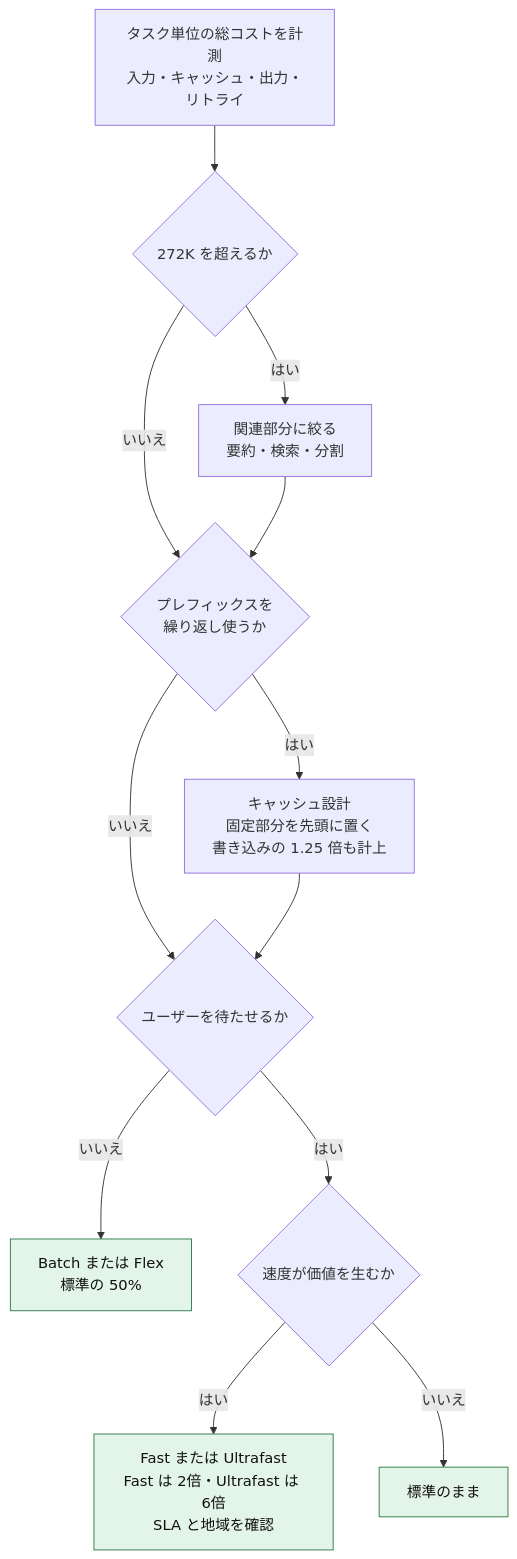
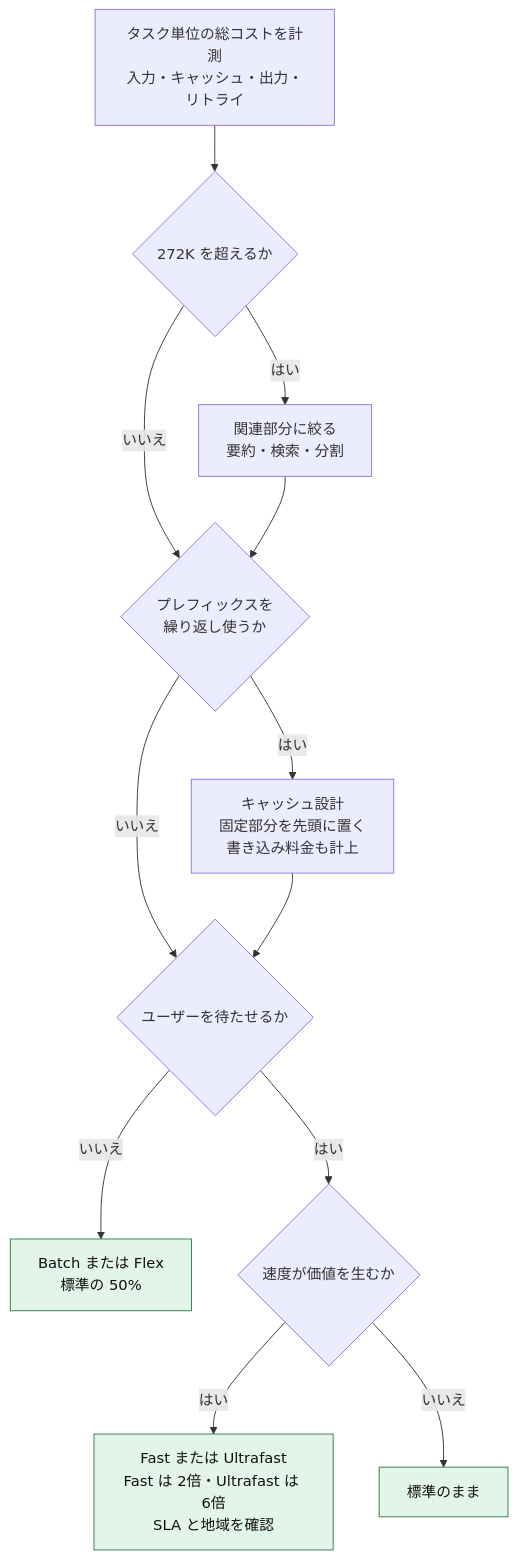
Before and after one commit to myoshi2891/Comparison-of-LLMs: the tenth of 12 diagrams in Openai-gpt-6-astra-best-practices-guide.md, drawn with Mermaid. The commit also changed other lines of this file, not shown here.

````diff
--- a/Openai-gpt-6-astra-best-practices-guide.md
+++ b/Openai-gpt-6-astra-best-practices-guide.md
@@ -641,16 +648,16 @@
 ```mermaid
 flowchart TB
   A["タスク単位の総コストを計測<br/>入力・キャッシュ・出力・リトライ"] --> B{"272K を超えるか"}
   B -- "はい" --> C["関連部分に絞る<br/>要約・検索・分割"]
   B -- "いいえ" --> D{"プレフィックスを<br/>繰り返し使うか"}
   C --> D
-  D -- "はい" --> E["キャッシュ設計<br/>固定部分を先頭に置く<br/>書き込みの 1.25 倍も計上"]
+  D -- "はい" --> E["キャッシュ設計<br/>固定部分を先頭に置く<br/>書き込み料金も計上"]
   D -- "いいえ" --> F{"ユーザーを待たせるか"}
   E --> F
   F -- "いいえ" --> G["Batch または Flex<br/>標準の 50%"]
   F -- "はい" --> H{"速度が価値を生むか"}
   H -- "はい" --> I["Fast または Ultrafast<br/>Fast は 2倍・Ultrafast は 6倍<br/>SLA と地域を確認"]
   H -- "いいえ" --> J["標準のまま"]
   classDef ok fill:#e3f4e8,stroke:#2d7a46,color:#111
   class G,I,J ok
 ```
````
